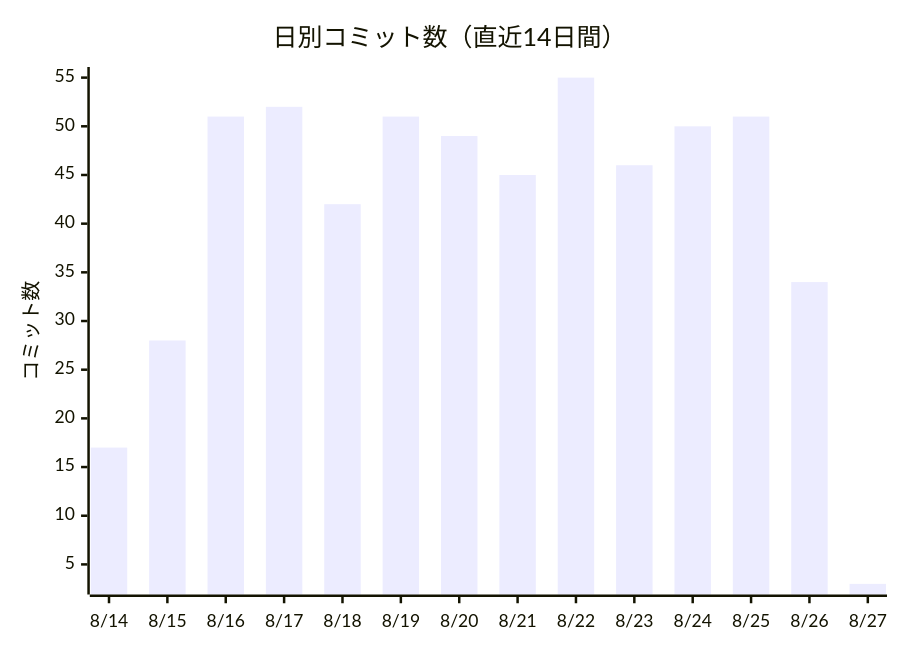
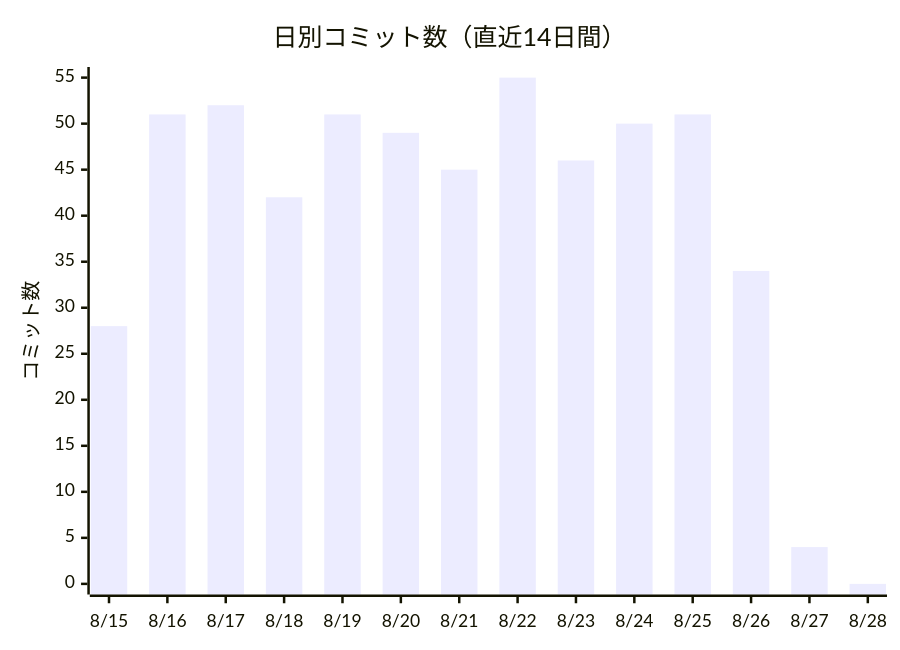
The first of 2 diagrams in docs/進化レポート.md (non-x2/non-x2), drawn with Mermaid before and after one commit. The commit also changed other lines of this file and 2 other files, not shown here.

First line of the commit message:
🌱 台風地図座標ツールに「地図の外」注意表示を追加

````diff
--- a/docs/進化レポート.md
+++ b/docs/進化レポート.md
@@ -23,7 +23,7 @@
 ```mermaid
 xychart-beta
     title "日別コミット数（直近14日間）"
-    x-axis ["8/14", "8/15", "8/16", "8/17", "8/18", "8/19", "8/20", "8/21", "8/22", "8/23", "8/24", "8/25", "8/26", "8/27"]
+    x-axis ["8/15", "8/16", "8/17", "8/18", "8/19", "8/20", "8/21", "8/22", "8/23", "8/24", "8/25", "8/26", "8/27", "8/28"]
     y-axis "コミット数"
-    bar [17, 28, 51, 52, 42, 51, 49, 45, 55, 46, 50, 51, 34, 3]
+    bar [28, 51, 52, 42, 51, 49, 45, 55, 46, 50, 51, 34, 4, 0]
 ```
````
